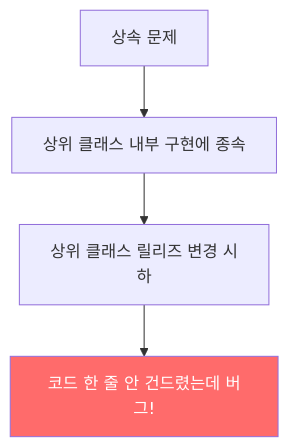
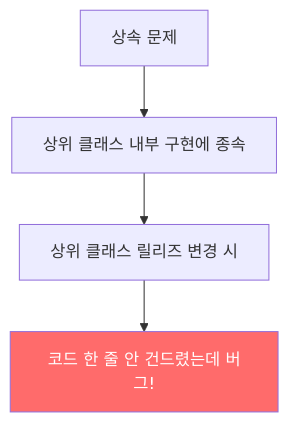
The first of 4 diagrams in _posts/java/2022-01-03-effective-java18.md (yjkim2015/yjkim2015.github.io), drawn with Mermaid before and after one commit. The commit also changed other lines of this file and 217 other files, not shown here.

First line of the commit message:
Mermaid 크기 수정: useMaxWidth:true + SVG max-width:100% + 라벨 축소

````diff
--- a/_posts/java/2022-01-03-effective-java18.md
+++ b/_posts/java/2022-01-03-effective-java18.md
@@ -18,7 +18,7 @@
 ```mermaid
 graph TD
     A["상속 문제"] --> B["상위 클래스 내부 구현에 종속"]
-    B --> C["상위 클래스 릴리즈 변경 시\n하"]
+    B --> C["상위 클래스 릴리즈 변경 시"]
     C --> D["코드 한 줄 안 건드렸는데 버그!"]
     style D fill:#ff6b6b,color:#fff
 ```
````
